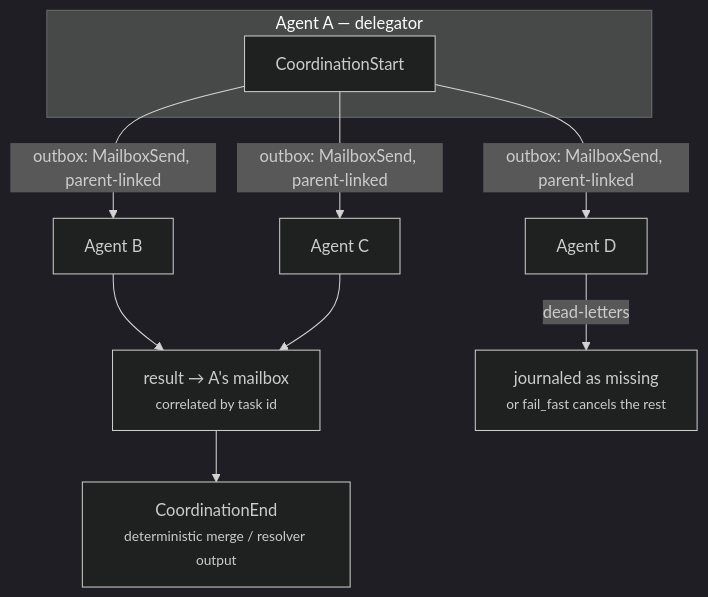
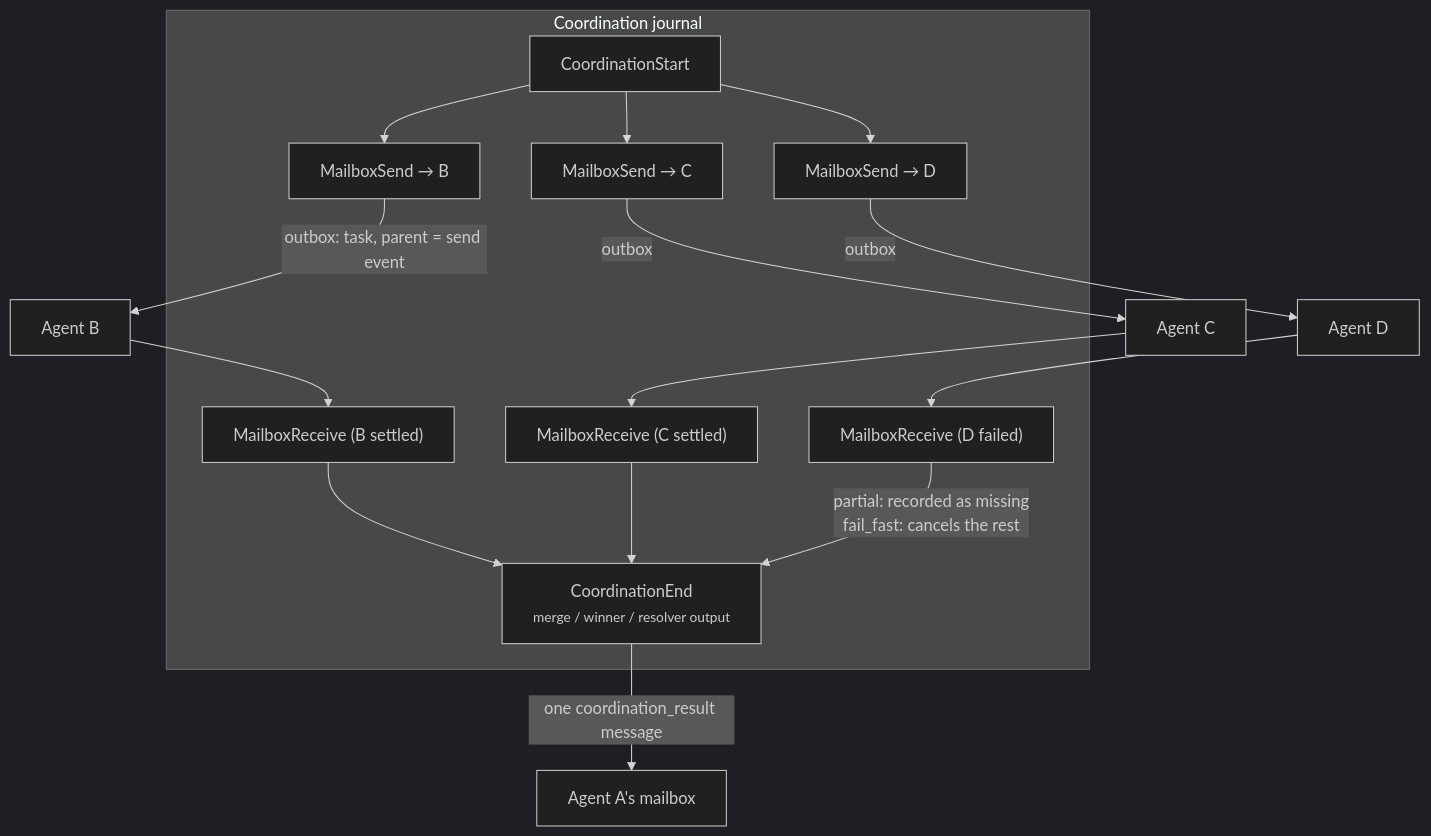
Before and after one commit to dev-amjad-shaikh/aboutrusty-site: the diagram in aboutrusty/guide/11-sub-agents.md, drawn with Mermaid (dark theme). The commit also changed other lines of this file and 18 other files, not shown here.

````diff
--- a/aboutrusty/guide/11-sub-agents.md
+++ b/aboutrusty/guide/11-sub-agents.md
@@ -35,13 +40,19 @@
 ```mermaid
 flowchart TB
-    subgraph delegator["Agent A — delegator"]
-        CS["CoordinationStart"]
+    subgraph cj["Coordination journal"]
+        CS["CoordinationStart"] --> SB["MailboxSend → B"]
+        CS --> SC["MailboxSend → C"]
+        CS --> SD["MailboxSend → D"]
+        RB["MailboxReceive (B settled)"]
+        RC["MailboxReceive (C settled)"]
+        RD["MailboxReceive (D failed)"]
+        CE["CoordinationEnd<br><small>merge / winner / resolver output</small>"]
     end
-    CS -->|"outbox: MailboxSend, parent-linked"| B["Agent B"]
-    CS -->|"outbox: MailboxSend, parent-linked"| C["Agent C"]
-    CS -->|"outbox: MailboxSend, parent-linked"| D["Agent D"]
-    B --> R["result → A's mailbox<br><small>correlated by task id</small>"]
-    C --> R
-    D -->|"dead-letters"| X["journaled as missing<br><small>or fail_fast cancels the rest</small>"]
-    R --> CE["CoordinationEnd<br><small>deterministic merge / resolver output</small>"]
+    SB -->|"outbox: task, parent = send event"| B["Agent B"] --> RB
+    SC -->|"outbox"| C["Agent C"] --> RC
+    SD -->|"outbox"| D["Agent D"] --> RD
+    RB --> CE
+    RC --> CE
+    RD -->|"partial: recorded as missing<br>fail_fast: cancels the rest"| CE
+    CE -->|"one coordination_result message"| A["Agent A's mailbox"]
 ```
````
